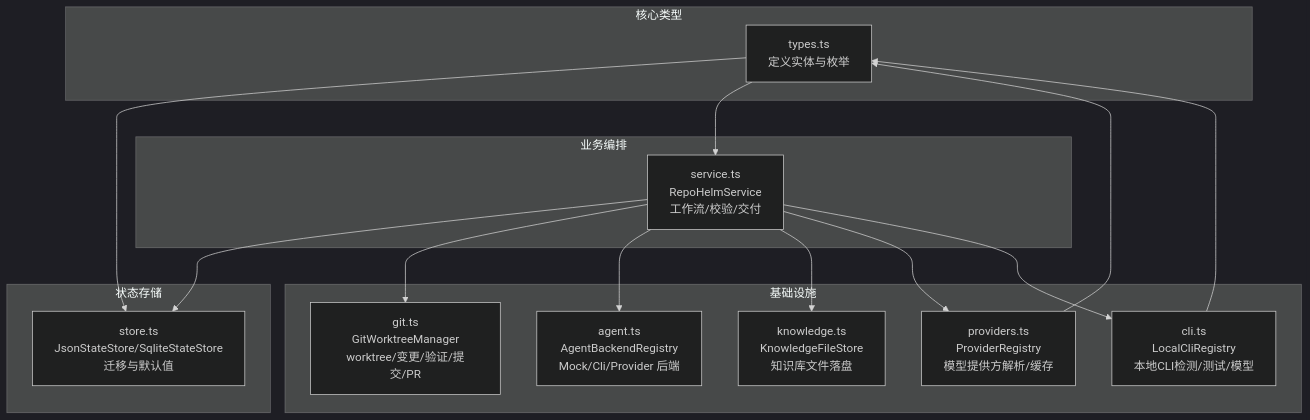
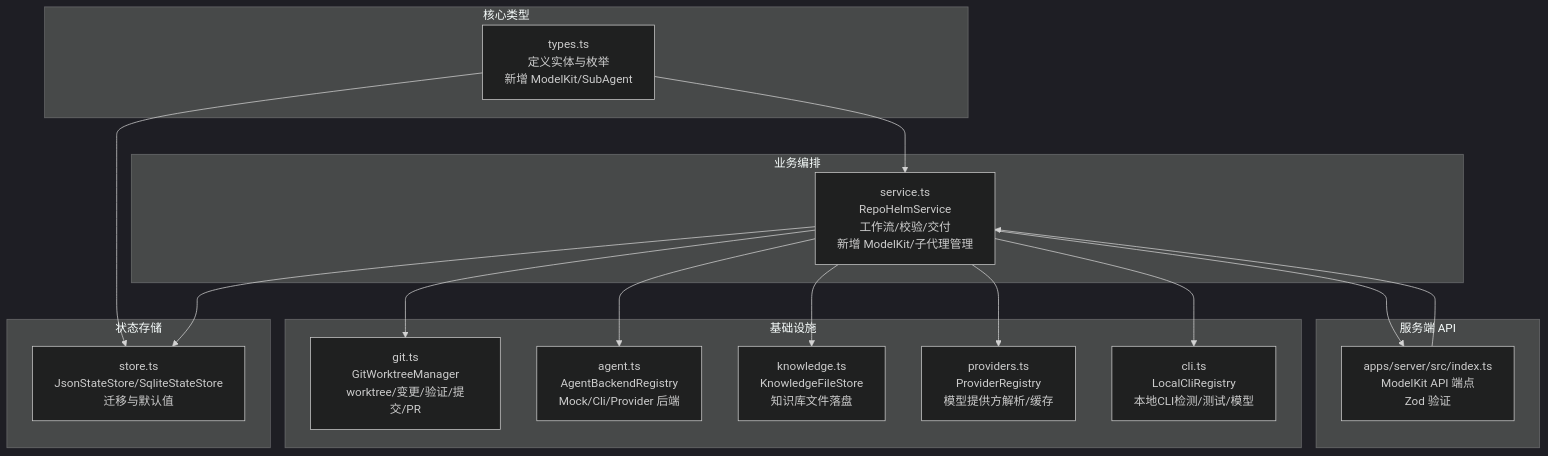
The first of 6 diagrams in .qoder/repowiki/zh/content/数据模型和类型系统/数据模型和类型系统.md (coconilu/RepoHelm), drawn with Mermaid (dark theme) before and after one commit. The commit also changed other lines of this file and 14 other files, not shown here.

First line of the commit message:
Add ModelKit and Sub-Agent features

````diff
--- a/.qoder/repowiki/zh/content/数据模型和类型系统/数据模型和类型系统.md
+++ b/.qoder/repowiki/zh/content/数据模型和类型系统/数据模型和类型系统.md
@@ -35,29 +48,32 @@
 ```mermaid
 graph TB
 subgraph "核心类型"
-T1["types.ts<br/>定义实体与枚举"]
+T1["types.ts<br/>定义实体与枚举<br/>新增 ModelKit/SubAgent"]
 end
 subgraph "状态存储"
 S1["store.ts<br/>JsonStateStore/SqliteStateStore<br/>迁移与默认值"]
 end
 subgraph "业务编排"
-B1["service.ts<br/>RepoHelmService<br/>工作流/校验/交付"]
+B1["service.ts<br/>RepoHelmService<br/>工作流/校验/交付<br/>新增 ModelKit/子代理管理"]
 end
 subgraph "基础设施"
 G1["git.ts<br/>GitWorktreeManager<br/>worktree/变更/验证/提交/PR"]
 A1["agent.ts<br/>AgentBackendRegistry<br/>Mock/Cli/Provider 后端"]
 K1["knowledge.ts<br/>KnowledgeFileStore<br/>知识库文件落盘"]
 P1["providers.ts<br/>ProviderRegistry<br/>模型提供方解析/缓存"]
 C1["cli.ts<br/>LocalCliRegistry<br/>本地CLI检测/测试/模型"]
+end
+subgraph "服务端 API"
+API["apps/server/src/index.ts<br/>ModelKit API 端点<br/>Zod 验证"]
 end
 T1 --> S1
 T1 --> B1
 B1 --> S1
 B1 --> G1
 B1 --> A1
 B1 --> K1
 B1 --> P1
 B1 --> C1
-P1 --> T1
-C1 --> T1
+B1 --> API
+API --> B1
 ```
````
